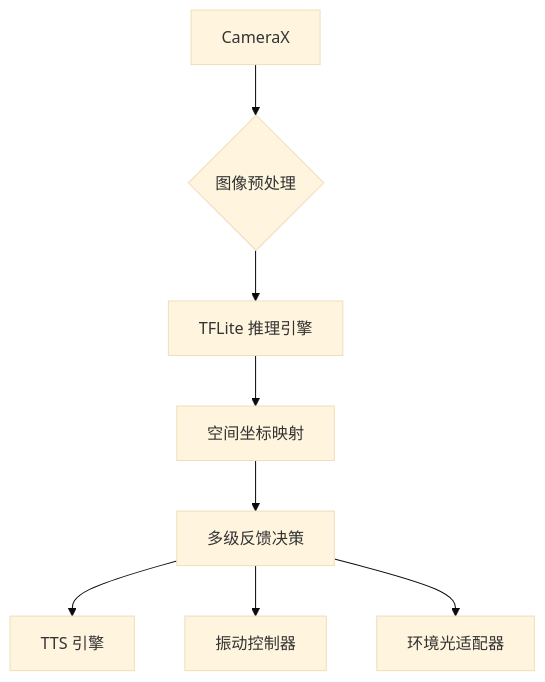
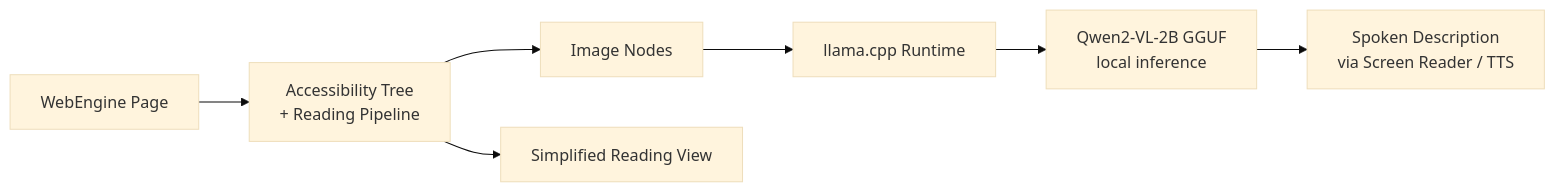
Before and after one commit to RUV2005/RUV2005: the diagram in README.md, drawn with Mermaid (base theme). The commit also changed other lines of this file, not shown here.

Commit message:
Rewrite profile README: accessibility-first, projects with evidence

````diff
--- a/README.md
+++ b/README.md
@@ -232,10 +42,9 @@
 ```mermaid
-graph TD
-    A[CameraX] --> B{图像预处理}
-    B --> C[TFLite 推理引擎]
-    C --> D[空间坐标映射]
-    D --> E[多级反馈决策]
-    E --> F[TTS 引擎]
-    E --> G[振动控制器]
-    E --> H[环境光适配器]
+graph LR
+    A[WebEngine Page] --> B[Accessibility Tree<br/>+ Reading Pipeline]
+    B --> C[Image Nodes]
+    C --> D[llama.cpp Runtime]
+    D --> E[Qwen2-VL-2B GGUF<br/>local inference]
+    E --> F[Spoken Description<br/>via Screen Reader / TTS]
+    B --> G[Simplified Reading View]
 ```
````
